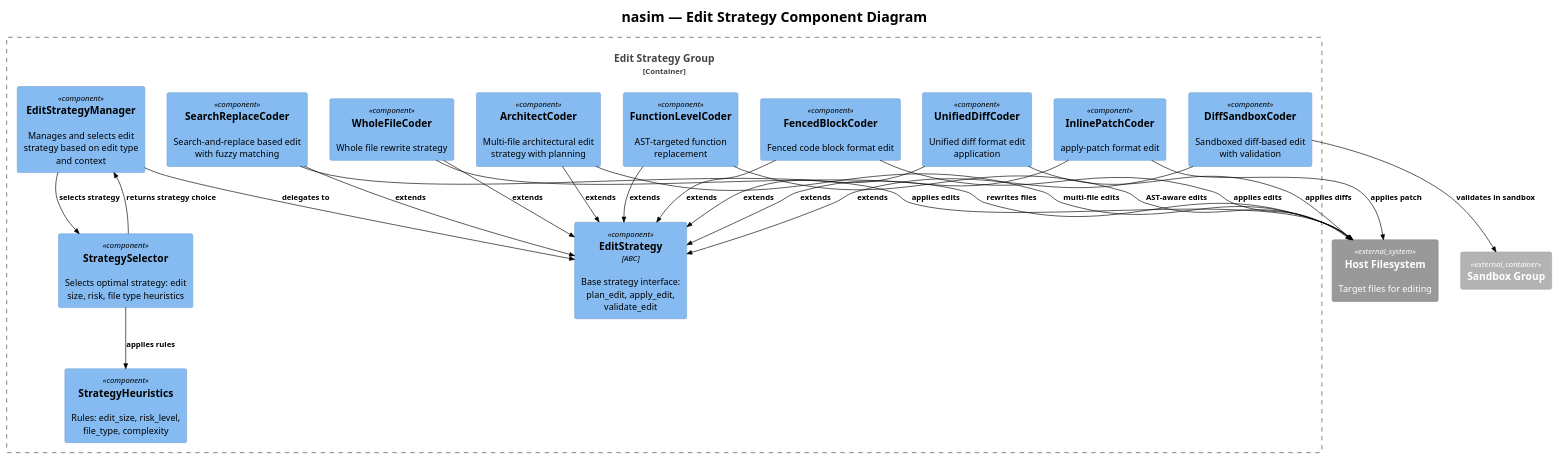
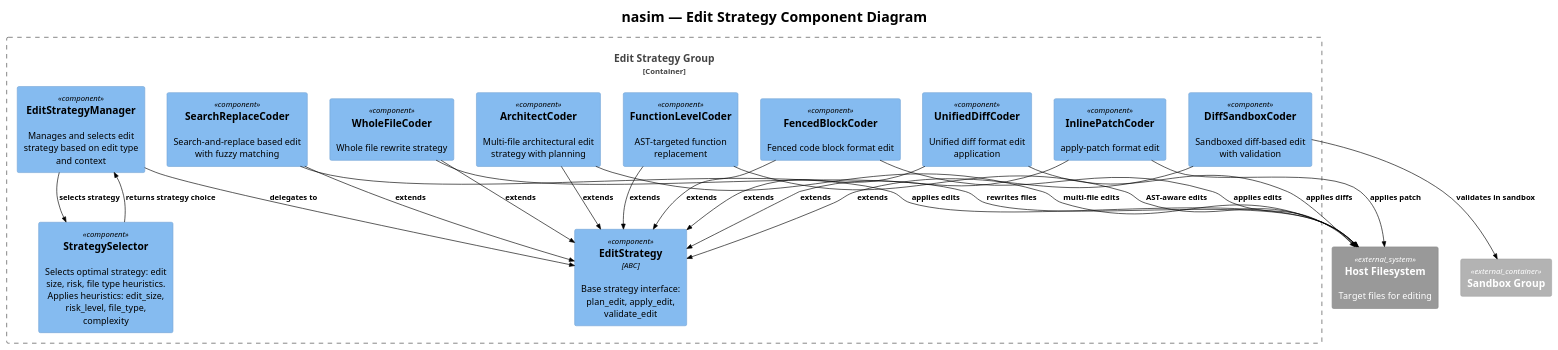
The diagram in docs/C4/c4_nasim_component_edit_strategy.puml (salimnamvar/nasim), drawn with PlantUML before and after one commit. The commit also changed 23 other files, not shown here.

```diff
--- a/docs/C4/c4_nasim_component_edit_strategy.puml
+++ b/docs/C4/c4_nasim_component_edit_strategy.puml
@@ -1,57 +1,55 @@
 @startuml c4_nasim_component_edit_strategy
 !include https://raw.githubusercontent.com/plantuml-stdlib/C4-PlantUML/v2.10.0/C4_Component.puml
 !theme plain
 
 
 ' ============================================================
 ' Title:     nasim — Edit Strategy Component Diagram
 ' Boundary:  nasim core library — Edit Strategy group
 ' Purpose:   Pluggable edit strategies: search-replace, whole-file, diff, sandbox, architect
 ' Milestone: v1.0
 ' Version:   6.0.0
 ' Source:    docs/audit/audit.2026.06.20.deep.domain.audit.md
 ' Review:    —
 ' ============================================================
 
 title nasim — Edit Strategy Component Diagram
 
 Container_Boundary(edit_strategy_boundary, "Edit Strategy Group") {
     Component(edit_strategy_mgr, "EditStrategyManager", "", "Manages and selects edit strategy based on edit type and context")
     Component(edit_strategy, "EditStrategy", "ABC", "Base strategy interface: plan_edit, apply_edit, validate_edit")
     Component(search_replace_coder, "SearchReplaceCoder", "", "Search-and-replace based edit with fuzzy matching")
     Component(whole_file_coder, "WholeFileCoder", "", "Whole file rewrite strategy")
     Component(unified_diff_coder, "UnifiedDiffCoder", "", "Unified diff format edit application")
     Component(diff_sandbox_coder, "DiffSandboxCoder", "", "Sandboxed diff-based edit with validation")
     Component(architect_coder, "ArchitectCoder", "", "Multi-file architectural edit strategy with planning")
     Component(fenced_block_coder, "FencedBlockCoder", "", "Fenced code block format edit")
     Component(function_level_coder, "FunctionLevelCoder", "", "AST-targeted function replacement")
     Component(inline_patch_coder, "InlinePatchCoder", "", "apply-patch format edit")
-    Component(strategy_selector, "StrategySelector", "", "Selects optimal strategy: edit size, risk, file type heuristics")
-    Component(strategy_heuristics, "StrategyHeuristics", "", "Rules: edit_size, risk_level, file_type, complexity")
+    Component(strategy_selector, "StrategySelector", "", "Selects optimal strategy: edit size, risk, file type heuristics. Applies heuristics: edit_size, risk_level, file_type, complexity")
 }
 
 Container_Ext(sandbox_group, "Sandbox Group")
 System_Ext(host_fs, "Host Filesystem", "Target files for editing")
 
 Rel(edit_strategy_mgr, strategy_selector, "selects strategy")
 Rel(edit_strategy_mgr, edit_strategy, "delegates to")
 Rel(search_replace_coder, edit_strategy, "extends")
 Rel(whole_file_coder, edit_strategy, "extends")
 Rel(unified_diff_coder, edit_strategy, "extends")
 Rel(diff_sandbox_coder, edit_strategy, "extends")
 Rel(architect_coder, edit_strategy, "extends")
 Rel(fenced_block_coder, edit_strategy, "extends")
 Rel(function_level_coder, edit_strategy, "extends")
 Rel(inline_patch_coder, edit_strategy, "extends")
 Rel(strategy_selector, edit_strategy_mgr, "returns strategy choice")
-Rel(strategy_selector, strategy_heuristics, "applies rules")
 Rel(search_replace_coder, host_fs, "applies edits")
 Rel(whole_file_coder, host_fs, "rewrites files")
 Rel(unified_diff_coder, host_fs, "applies diffs")
 Rel(diff_sandbox_coder, sandbox_group, "validates in sandbox")
 Rel(architect_coder, host_fs, "multi-file edits")
 Rel(fenced_block_coder, host_fs, "applies edits")
 Rel(function_level_coder, host_fs, "AST-aware edits")
 Rel(inline_patch_coder, host_fs, "applies patch")
 
 @enduml
```
